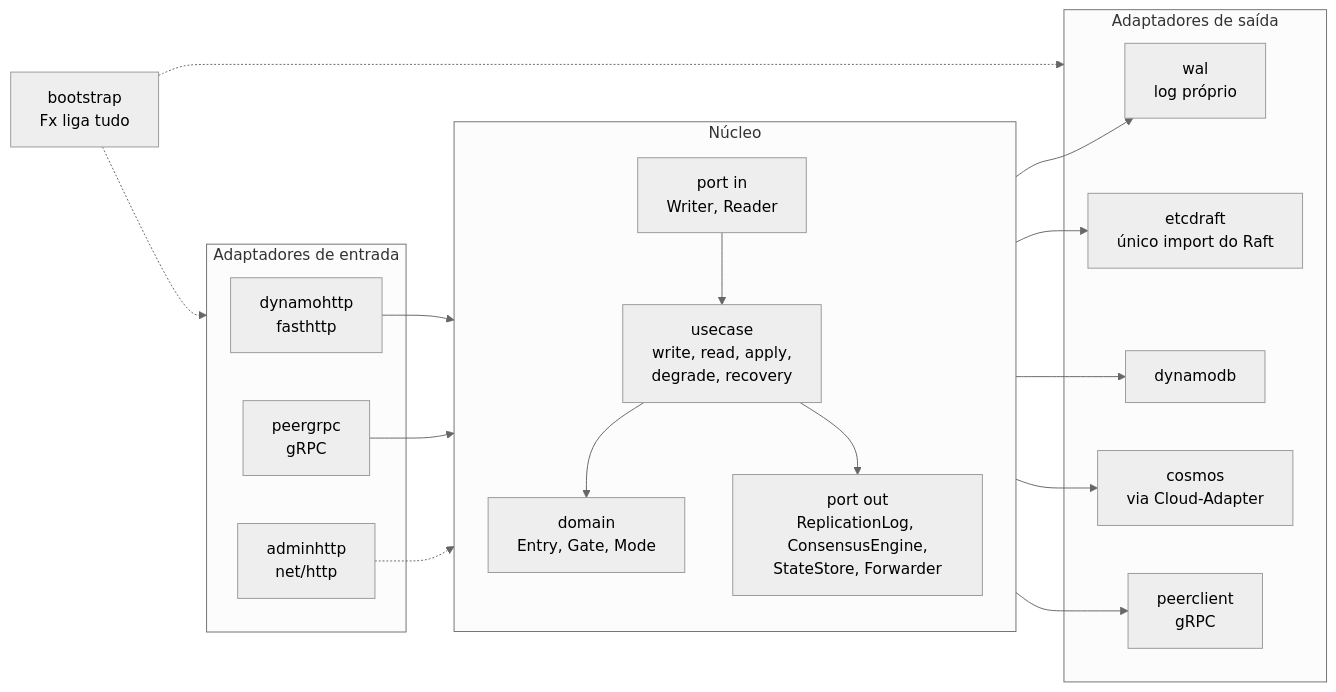
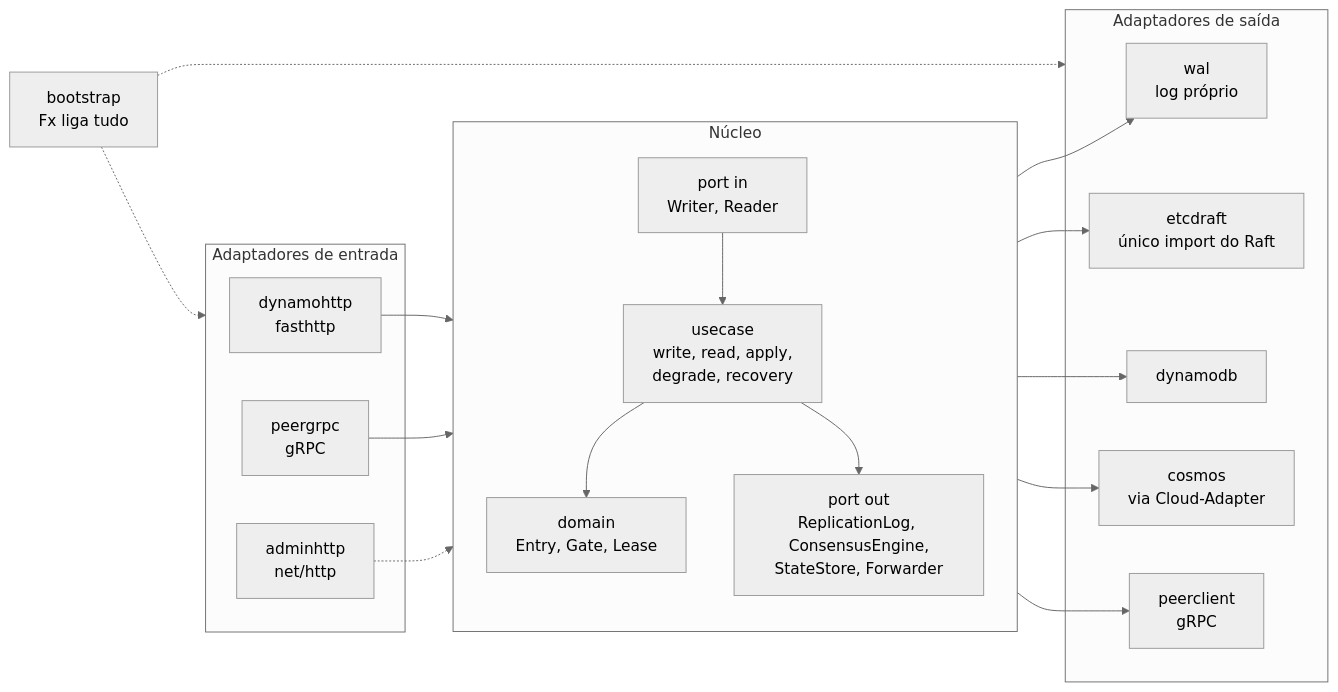
One commit to brbarmex/k changed the first of 10 diagrams in 05_implementacao/02_desenho_e_diagramas.md. Above: the diagram before and after it, drawn with Mermaid (neutral theme). The commit also changed other lines of this file and 139 other files, not shown here.

````diff
--- a/05_implementacao/02_desenho_e_diagramas.md
+++ b/05_implementacao/02_desenho_e_diagramas.md
@@ -7,34 +7,34 @@
 ```mermaid
 flowchart LR
     subgraph IN["Adaptadores de entrada"]
         H["dynamohttp<br/>fasthttp"]
         PG["peergrpc<br/>gRPC"]
         AD["adminhttp<br/>net/http"]
     end
     subgraph CORE["Núcleo"]
         direction TB
         PIN["port in<br/>Writer, Reader"]
         UC["usecase<br/>write, read, apply,<br/>degrade, recovery"]
-        DM["domain<br/>Entry, Gate, Mode"]
+        DM["domain<br/>Entry, Gate, Lease"]
         POUT["port out<br/>ReplicationLog, ConsensusEngine,<br/>StateStore, Forwarder"]
         PIN --> UC --> DM
         UC --> POUT
     end
     subgraph OUT["Adaptadores de saída"]
         WAL["wal<br/>log próprio"]
         RFT["etcdraft<br/>único import do Raft"]
         DDB["dynamodb"]
         CSM["cosmos<br/>via Cloud-Adapter"]
         PC["peerclient<br/>gRPC"]
     end
     H --> PIN
     PG --> PIN
     AD -.-> UC
     POUT --> WAL
     POUT --> RFT
     POUT --> DDB
     POUT --> CSM
     POUT --> PC
     BOOT["bootstrap<br/>Fx liga tudo"] -.-> IN
     BOOT -.-> OUT
 ```
````
